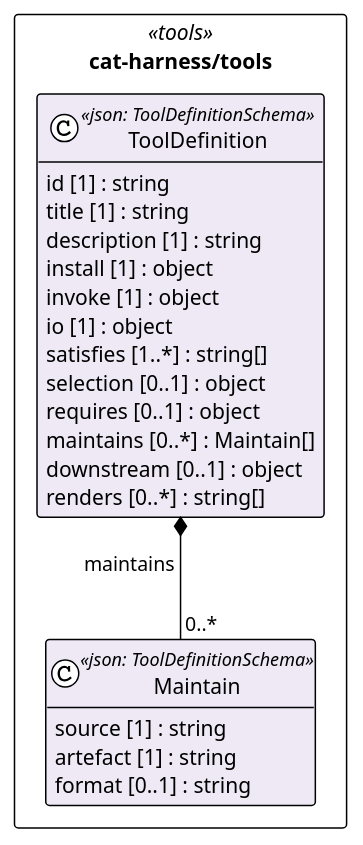
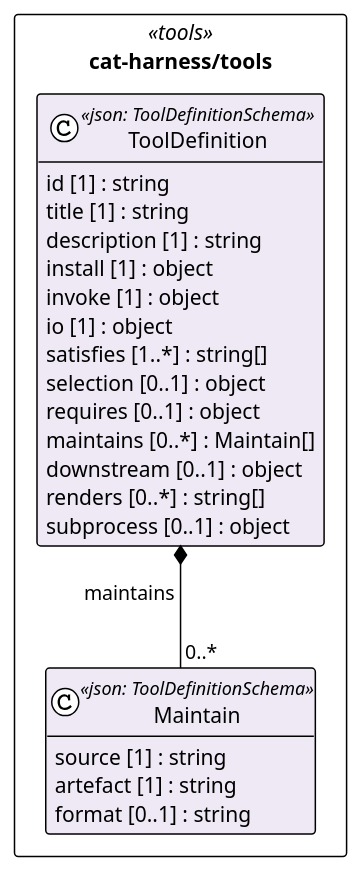
Before and after one commit to litlfred/folio-assistant: the diagram in cat-harness/uml/overview/cat-harness/tools.puml, drawn with PlantUML. The commit also changed 204 other files, not shown here.

```diff
--- a/cat-harness/uml/overview/cat-harness/tools.puml
+++ b/cat-harness/uml/overview/cat-harness/tools.puml
@@ -3,32 +3,33 @@
 @startuml cat_harness_tools
 !pragma layout elk
 !theme plain
 skinparam classAttributeIconSize 0
 skinparam shadowing false
 skinparam packageStyle rectangle
 hide empty methods
 
 package "cat-harness/tools" as pkg_cat_harness_tools <<tools>> {
   class "Maintain" as cat_harness_tools_Maintain <<json: ToolDefinitionSchema>> #eee9f5 {
     source [1] : string
     artefact [1] : string
     format [0..1] : string
   }
   class "ToolDefinition" as cat_harness_tools_ToolDefinition <<json: ToolDefinitionSchema>> #eee9f5 {
     id [1] : string
     title [1] : string
     description [1] : string
     install [1] : object
     invoke [1] : object
     io [1] : object
     satisfies [1..*] : string[]
     selection [0..1] : object
     requires [0..1] : object
     maintains [0..*] : Maintain[]
     downstream [0..1] : object
     renders [0..*] : string[]
+    subprocess [0..1] : object
   }
 }
 
 cat_harness_tools_ToolDefinition *-- "0..*" cat_harness_tools_Maintain : maintains
 @enduml
```
